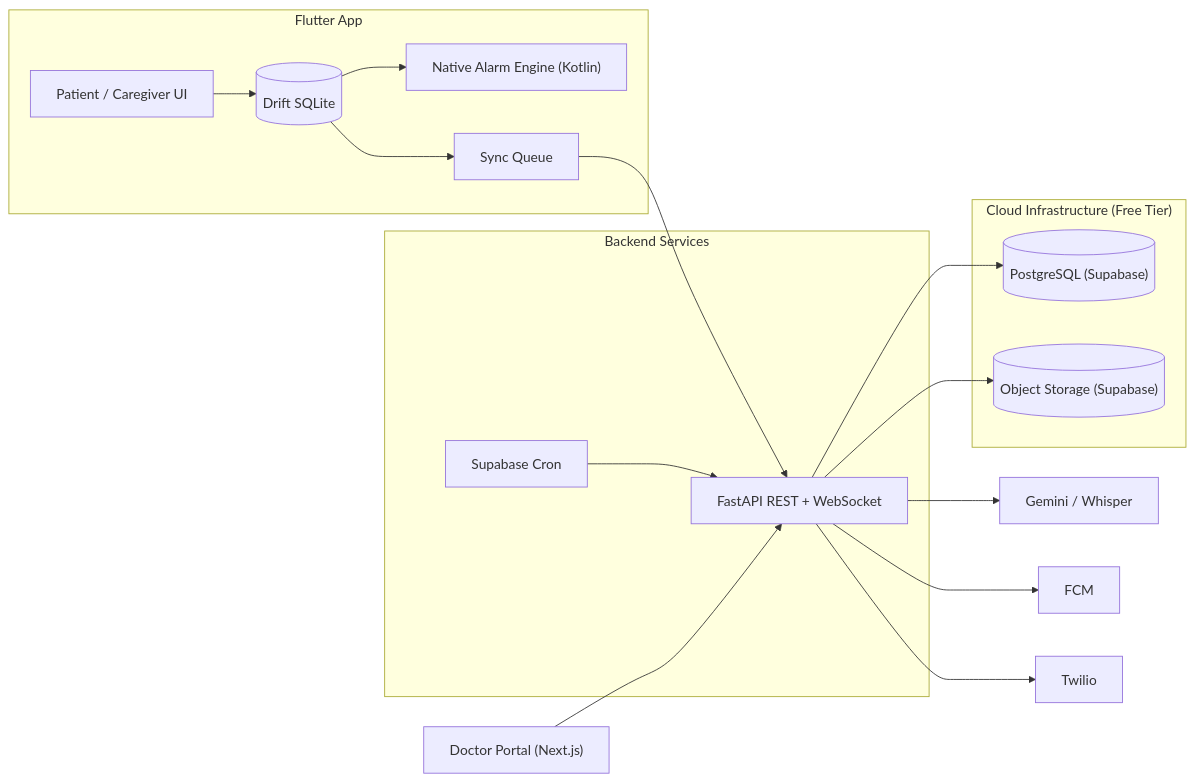
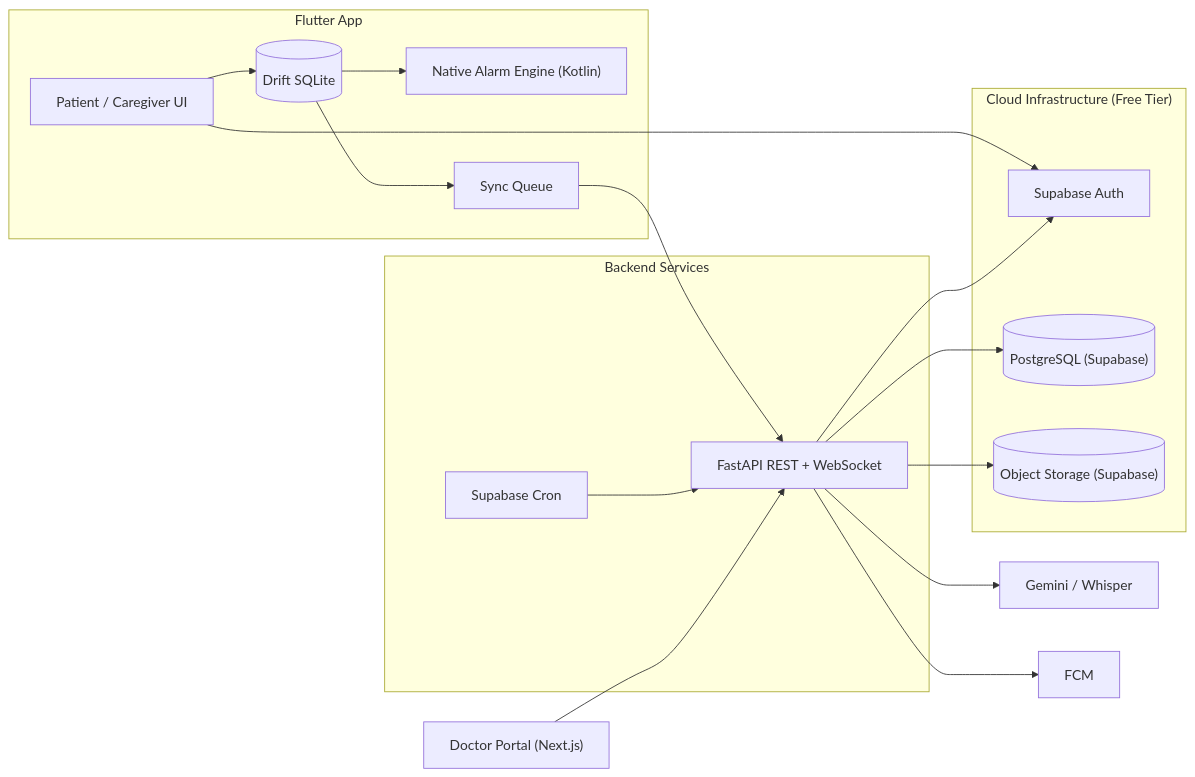
The first of 4 diagrams in docs/ARCHITECTURE.md (Youseefee/Medliva), drawn with Mermaid before and after one commit. The commit also changed 171 other files, not shown here.

````diff
--- a/docs/ARCHITECTURE.md
+++ b/docs/ARCHITECTURE.md
@@ -4,26 +4,28 @@
 ```mermaid
 flowchart LR
   subgraph Mobile["Flutter App"]
     UI["Patient / Caregiver UI"]
     DB[("Drift SQLite")]
     AL["Native Alarm Engine (Kotlin)"]
     SQ["Sync Queue"]
   end
   subgraph Backend["Backend Services"]
     API["FastAPI REST + WebSocket"]
     CRON["Supabase Cron"]
   end
   subgraph Cloud["Cloud Infrastructure (Free Tier)"]
+    AUTH["Supabase Auth"]
     PG[("PostgreSQL (Supabase)")]
     S3[("Object Storage (Supabase)")]
   end
   UI --> DB --> AL
   DB --> SQ --> API
+  UI --> AUTH
+  API --> AUTH
   API --> PG
   API --> S3
   API --> AI["Gemini / Whisper"]
   CRON --> API
   API --> FCM["FCM"]
-  API --> TW["Twilio"]
   PORTAL["Doctor Portal (Next.js)"] --> API
 ```
````
